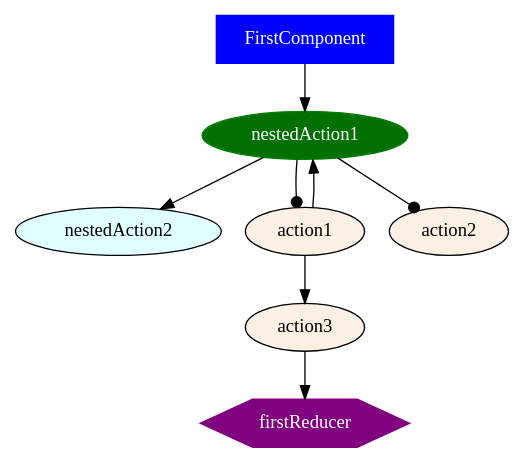
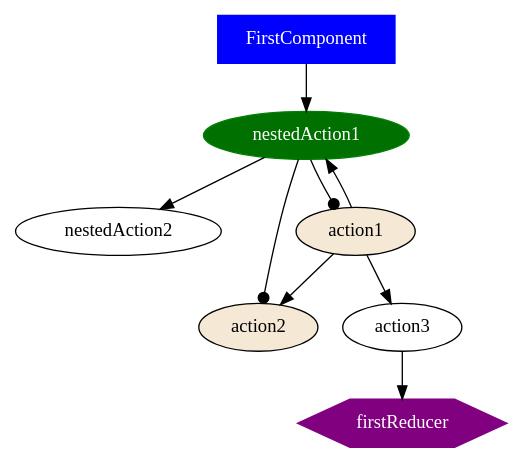
The diagram in docs/examples/case2/out/nestedAction1.dot (ammarnajjar/ngrx-graph), drawn with Graphviz before and after one commit. The commit also changed 37 other files, not shown here.

```diff
--- a/docs/examples/case2/out/nestedAction1.dot
+++ b/docs/examples/case2/out/nestedAction1.dot
@@ -1,16 +1,17 @@
 digraph {
 FirstComponent [shape="box", color=blue, fillcolor=blue, fontcolor=white, style=filled]
 nestedAction1 [color=green, fillcolor="#007000", fontcolor=white, style=filled]
-nestedAction2 [color=black, fillcolor=lightcyan, fontcolor=black, style=filled]
-action1 [fillcolor=linen, style=filled]
-action2 [fillcolor=linen, style=filled]
-action3 [fillcolor=linen, style=filled]
+nestedAction2
+action1 [fillcolor="#f5e9d6", style=filled]
+action2 [fillcolor="#f5e9d6", style=filled]
+action3
 firstReducer [shape="hexagon", color=purple, fillcolor=purple, fontcolor=white, style=filled]
 FirstComponent -> nestedAction1
 nestedAction1 -> nestedAction2
 nestedAction1 -> action1 [arrowhead=dot]
 nestedAction1 -> action2 [arrowhead=dot]
 action1 -> nestedAction1
+action1 -> action2
 action1 -> action3
 action3 -> firstReducer
 }
```
